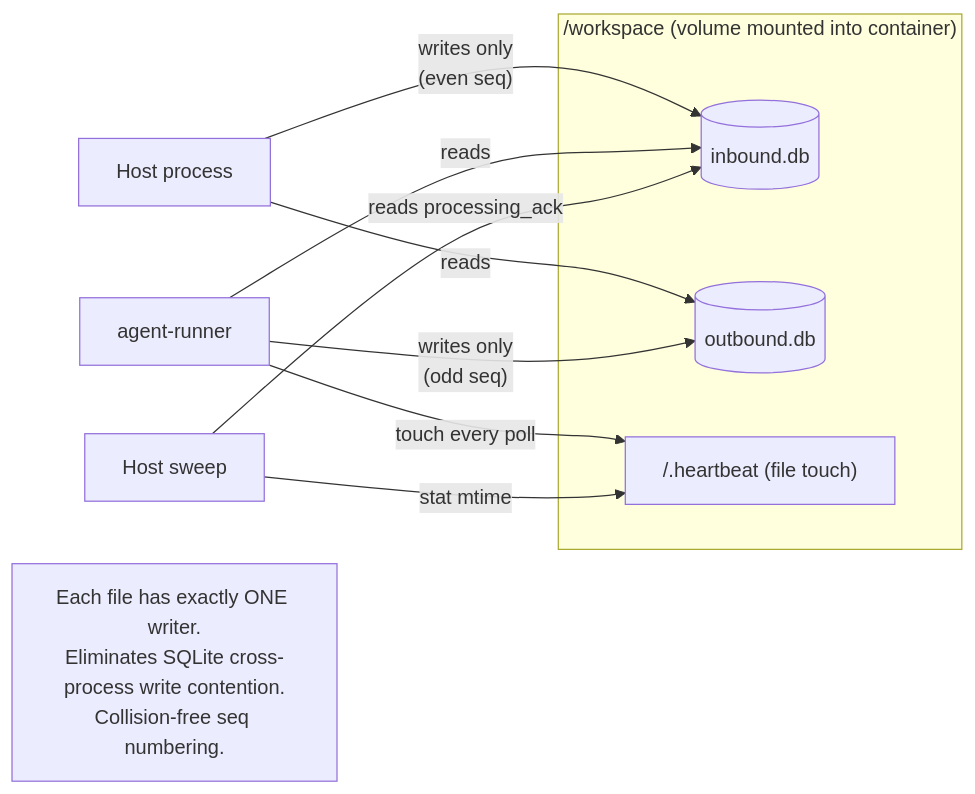
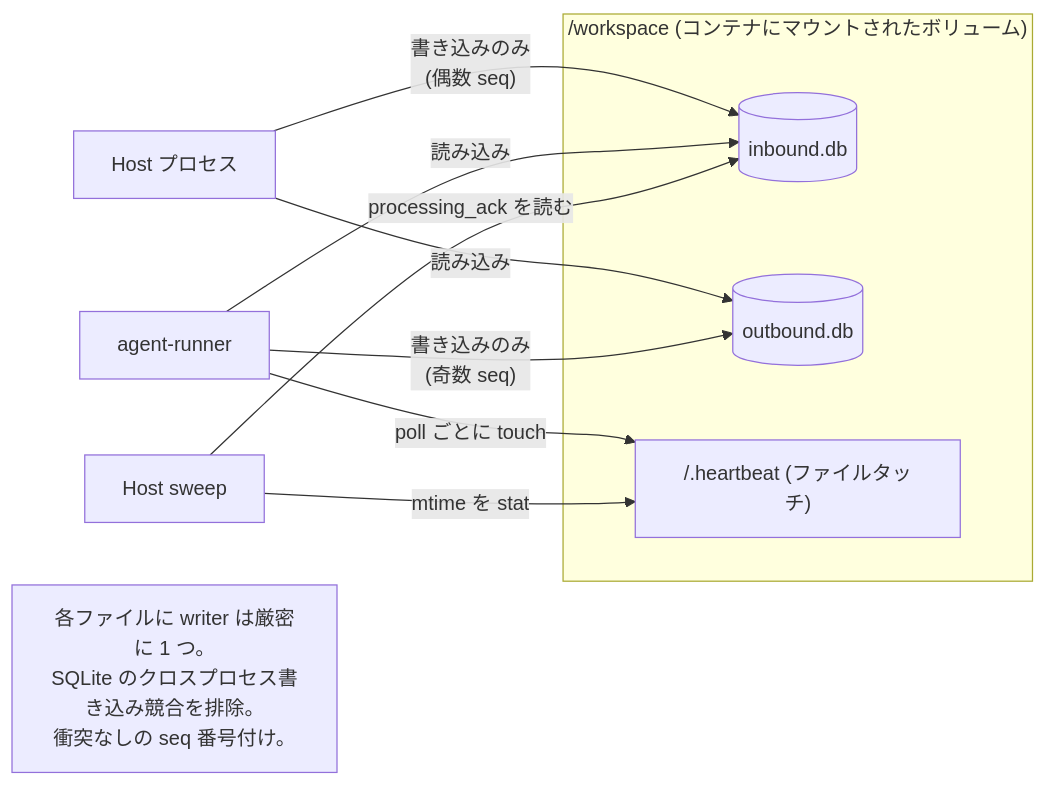
One commit to HajimariInc/biblio-claw changed the fifth of 5 diagrams in docs/architecture-diagram.md. Above: the diagram before and after it, drawn with Mermaid. The commit also changed other lines of this file and 22 other files, not shown here.

````diff
--- a/docs/architecture-diagram.md
+++ b/docs/architecture-diagram.md
@@ -198,18 +198,18 @@
 ```mermaid
 flowchart LR
-  subgraph Mount["/workspace (volume mounted into container)"]
+  subgraph Mount["/workspace (コンテナにマウントされたボリューム)"]
     In[("inbound.db")]
     Out[("outbound.db")]
-    HB["/.heartbeat (file touch)"]
+    HB["/.heartbeat (ファイルタッチ)"]
   end
 
-  Host[Host process] -->|"writes only<br/>(even seq)"| In
-  Host -->|reads| Out
-  Container[agent-runner] -->|reads| In
-  Container -->|"writes only<br/>(odd seq)"| Out
-  Container -->|touch every poll| HB
-  HostSweep[Host sweep] -->|stat mtime| HB
-  HostSweep -->|reads processing_ack| In
+  Host[Host プロセス] -->|"書き込みのみ<br/>(偶数 seq)"| In
+  Host -->|読み込み| Out
+  Container[agent-runner] -->|読み込み| In
+  Container -->|"書き込みのみ<br/>(奇数 seq)"| Out
+  Container -->|poll ごとに touch| HB
+  HostSweep[Host sweep] -->|mtime を stat| HB
+  HostSweep -->|processing_ack を読む| In
 
-  note1["Each file has exactly ONE writer.<br/>Eliminates SQLite cross-process write contention.<br/>Collision-free seq numbering."]
+  note1["各ファイルに writer は厳密に 1 つ。<br/>SQLite のクロスプロセス書き込み競合を排除。<br/>衝突なしの seq 番号付け。"]
 ```
````
